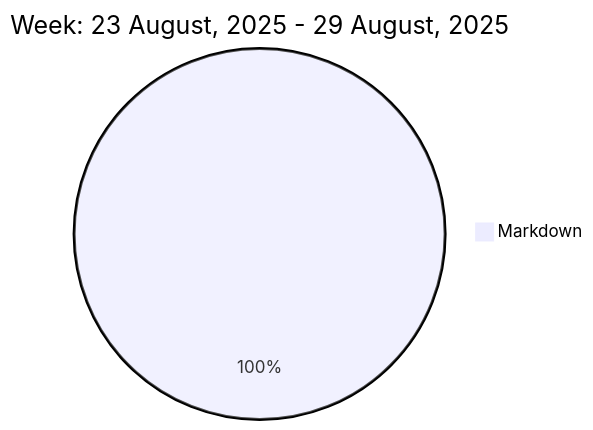
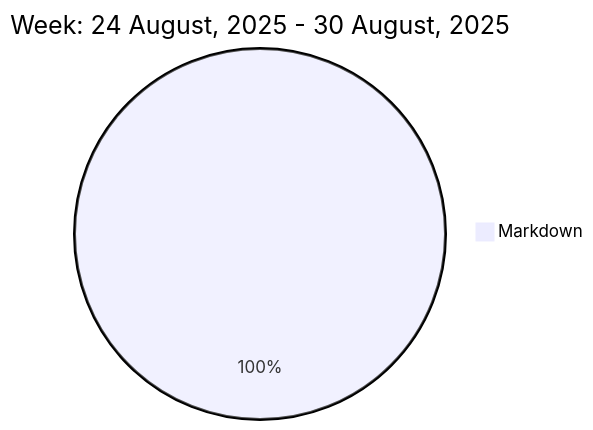
The diagram in README.md (liubin95/liubin95), drawn with Mermaid before and after one commit.

Commit message:
Updated the Graph with new Metrics

````diff
--- a/README.md
+++ b/README.md
@@ -37,5 +37,5 @@
 ```mermaid
  pie
-title Week: 23 August, 2025 - 29 August, 2025
+title Week: 24 August, 2025 - 30 August, 2025
  "Markdown" : 1.98
 ```
````
